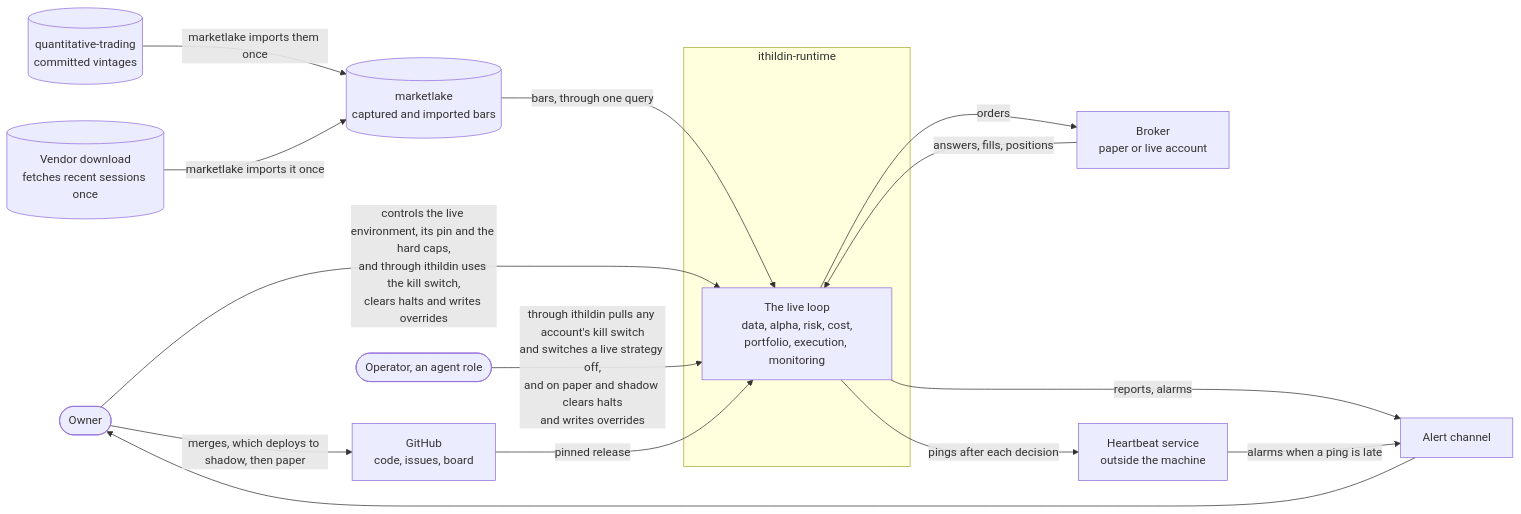
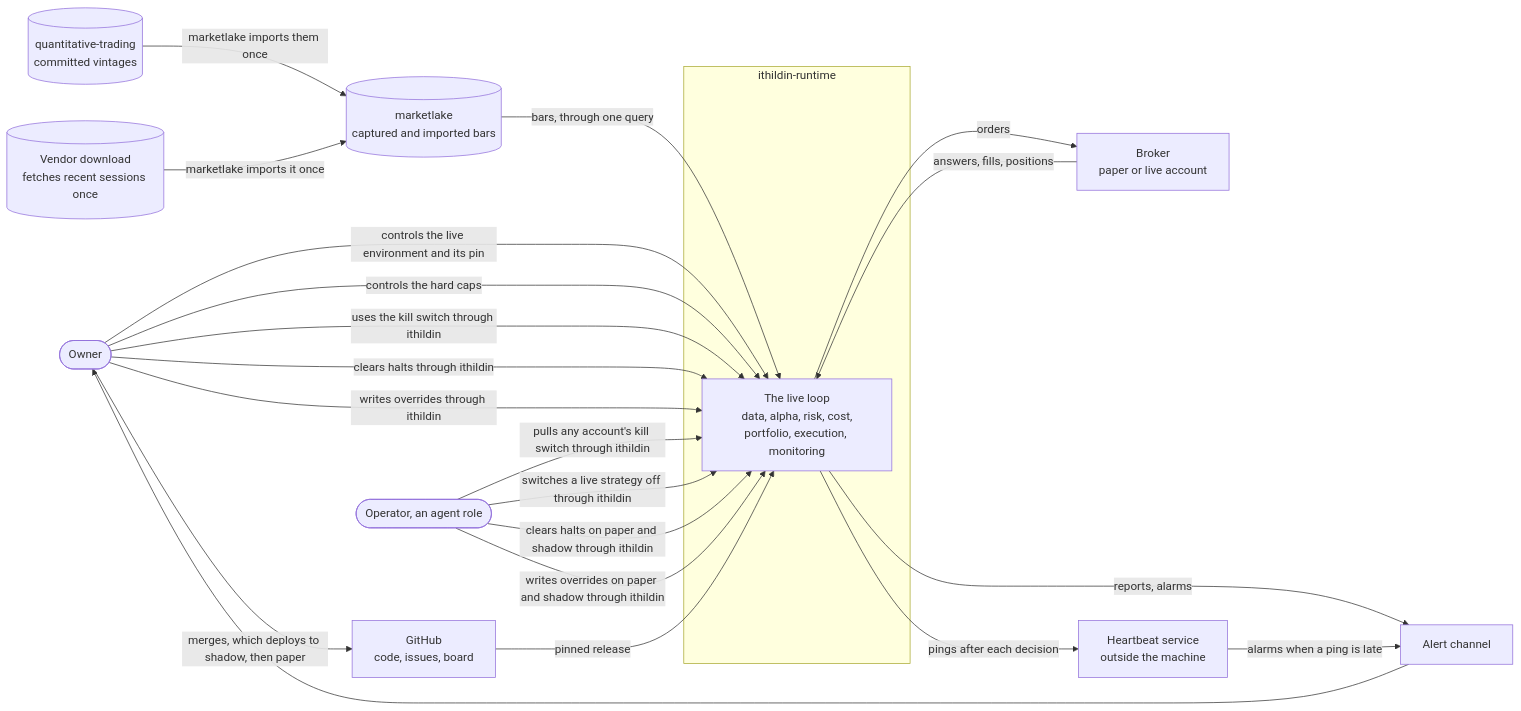
One commit to l3a0/ithildin-runtime changed the first of 5 diagrams in docs/architecture/03-context-and-scope.md. Above: the diagram before and after it, drawn with Mermaid. The commit also changed other lines of this file and 11 other files, not shown here.

First line of the commit message:
docs: break up the walls of text and crowded diagram labels in the slice 1 docs (#71)

````diff
--- a/docs/architecture/03-context-and-scope.md
+++ b/docs/architecture/03-context-and-scope.md
@@ -22,29 +22,36 @@
 ```mermaid
 flowchart LR
     owner(["Owner"])
     operator(["Operator, an agent role"])
     subgraph platform["ithildin-runtime"]
         loop["The live loop<br/>data, alpha, risk, cost,<br/>portfolio, execution, monitoring"]
     end
     qt[("quantitative-trading<br/>committed vintages")]
     vendor[("Vendor download<br/>fetches recent sessions once")]
     lake[("marketlake<br/>captured and imported bars")]
     broker["Broker<br/>paper or live account"]
     alerts["Alert channel"]
     heartbeat["Heartbeat service<br/>outside the machine"]
     github["GitHub<br/>code, issues, board"]
 
     qt -->|"marketlake imports them once"| lake
     vendor -->|"marketlake imports it once"| lake
     lake -->|"bars, through one query"| loop
     loop -->|"orders"| broker
     broker -->|"answers, fills, positions"| loop
     loop -->|"reports, alarms"| alerts
     loop -->|"pings after each decision"| heartbeat
     heartbeat -->|"alarms when a ping is late"| alerts
     alerts --> owner
-    owner -->|"controls the live environment, its pin and the hard caps,<br/>and through ithildin uses the kill switch,<br/>clears halts and writes overrides"| loop
-    operator -->|"through ithildin pulls any account's kill switch<br/>and switches a live strategy off,<br/>and on paper and shadow clears halts<br/>and writes overrides"| loop
+    owner -->|"controls the live environment and its pin"| loop
+    owner -->|"controls the hard caps"| loop
+    owner -->|"uses the kill switch through ithildin"| loop
+    owner -->|"clears halts through ithildin"| loop
+    owner -->|"writes overrides through ithildin"| loop
+    operator -->|"pulls any account's kill switch through ithildin"| loop
+    operator -->|"switches a live strategy off through ithildin"| loop
+    operator -->|"clears halts on paper and shadow through ithildin"| loop
+    operator -->|"writes overrides on paper and shadow through ithildin"| loop
     owner -->|"merges, which deploys to shadow, then paper"| github
     github -->|"pinned release"| loop
 ```
````
